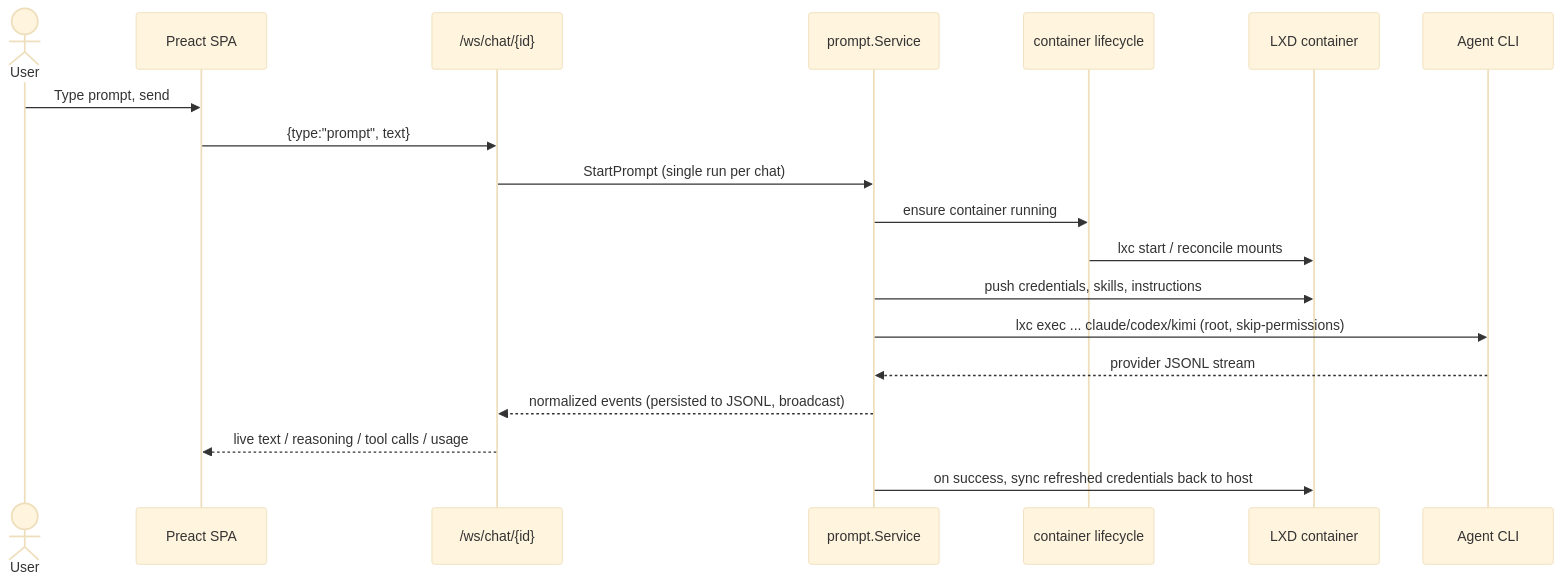
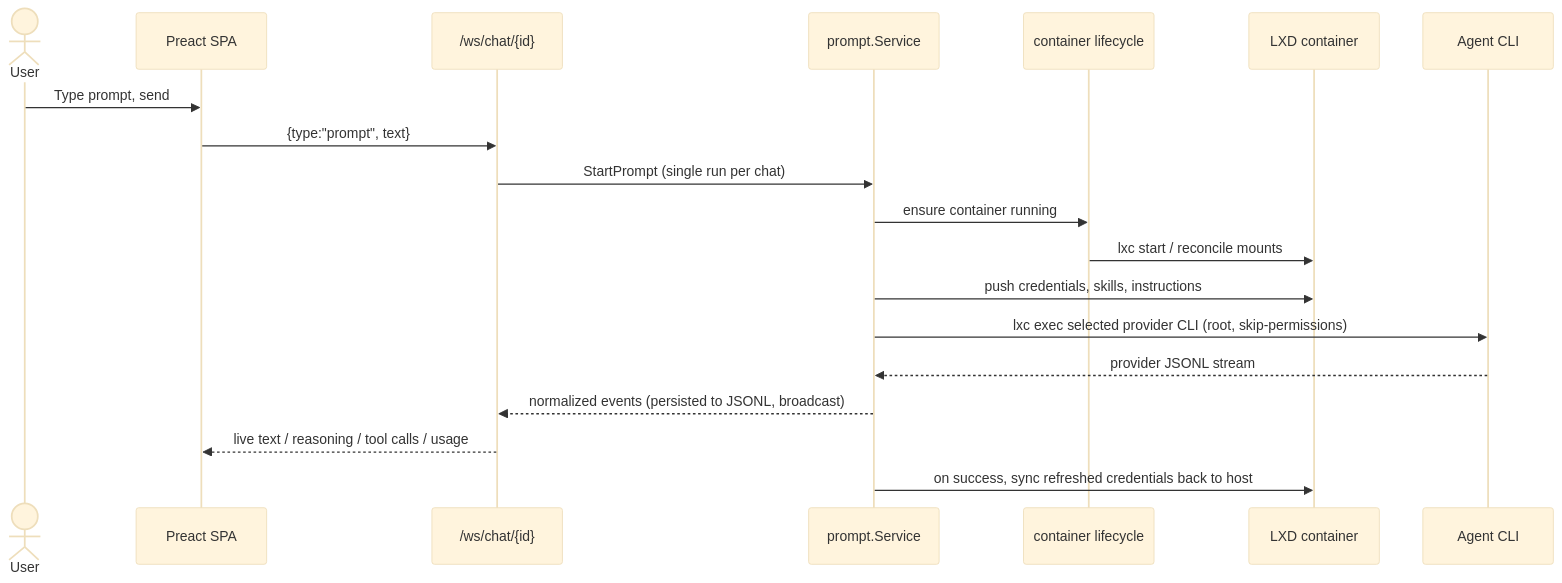
Before and after one commit to AbdallahMohamedDotnet/remote.futrx: the second of 2 diagrams in ARCHITECTURE.md, drawn with Mermaid (base theme). The commit also changed other lines of this file and 25 other files, not shown here.

````diff
--- a/ARCHITECTURE.md
+++ b/ARCHITECTURE.md
@@ -103,22 +111,22 @@
 ```mermaid
 sequenceDiagram
     actor User
     participant SPA as Preact SPA
     participant WS as /ws/chat/{id}
     participant Prompt as prompt.Service
     participant Life as container lifecycle
     participant LXD as LXD container
     participant CLI as Agent CLI
 
     User->>SPA: Type prompt, send
     SPA->>WS: {type:"prompt", text}
     WS->>Prompt: StartPrompt (single run per chat)
     Prompt->>Life: ensure container running
     Life->>LXD: lxc start / reconcile mounts
     Prompt->>LXD: push credentials, skills, instructions
-    Prompt->>CLI: lxc exec ... claude/codex/kimi (root, skip-permissions)
+    Prompt->>CLI: lxc exec selected provider CLI (root, skip-permissions)
     CLI-->>Prompt: provider JSONL stream
     Prompt-->>WS: normalized events (persisted to JSONL, broadcast)
     WS-->>SPA: live text / reasoning / tool calls / usage
     Prompt->>LXD: on success, sync refreshed credentials back to host
 ```
````
